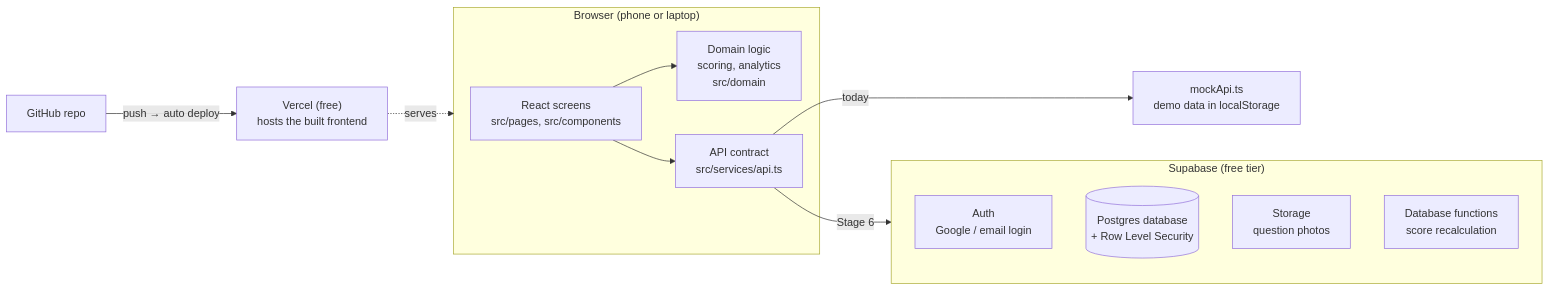
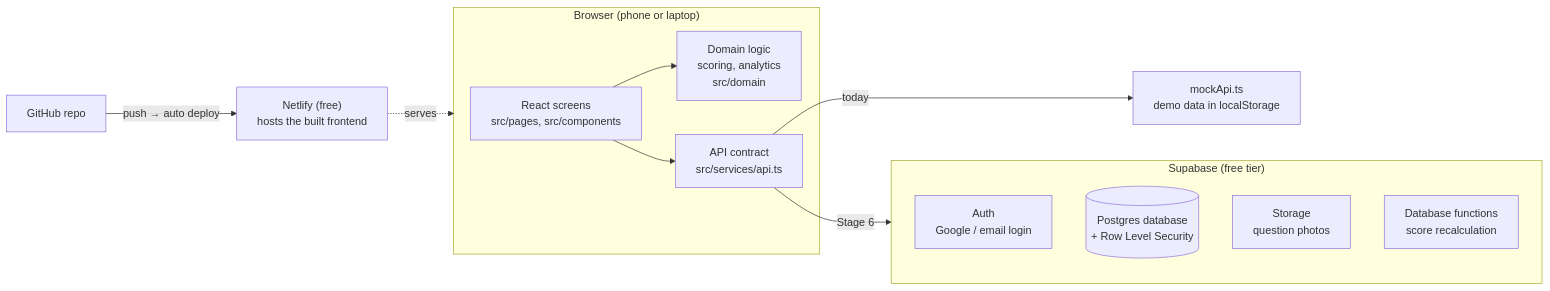
Before and after one commit to AbhiRajjjj-code/HitNeet: the first of 2 diagrams in docs/02-architecture.md, drawn with Mermaid. The commit also changed other lines of this file and 5 other files, not shown here.

````diff
--- a/docs/02-architecture.md
+++ b/docs/02-architecture.md
@@ -5,20 +5,20 @@
 ```mermaid
 flowchart LR
   subgraph Browser["Browser (phone or laptop)"]
     UI["React screens<br/>src/pages, src/components"]
     Domain["Domain logic<br/>scoring, analytics<br/>src/domain"]
     API["API contract<br/>src/services/api.ts"]
     UI --> Domain
     UI --> API
   end
   API -- "today" --> Mock["mockApi.ts<br/>demo data in localStorage"]
   API -- "Stage 6" --> SB
   subgraph SB["Supabase (free tier)"]
     Auth["Auth<br/>Google / email login"]
     DB[("Postgres database<br/>+ Row Level Security")]
     Store["Storage<br/>question photos"]
     Fn["Database functions<br/>score recalculation"]
   end
-  Vercel["Vercel (free)<br/>hosts the built frontend"] -. serves .-> Browser
-  GitHub["GitHub repo"] -- "push → auto deploy" --> Vercel
+  Netlify["Netlify (free)<br/>hosts the built frontend"] -. serves .-> Browser
+  GitHub["GitHub repo"] -- "push → auto deploy" --> Netlify
 ```
````
